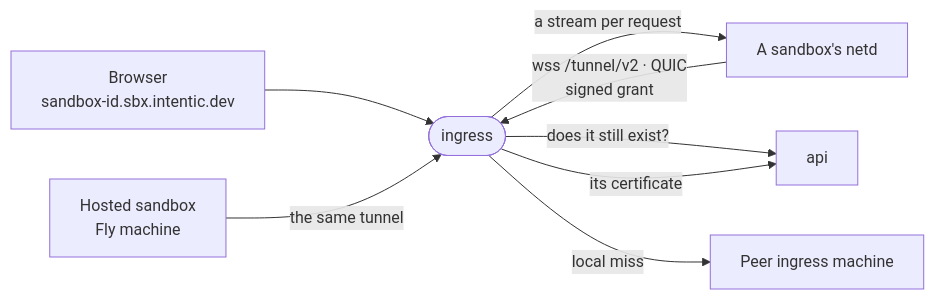
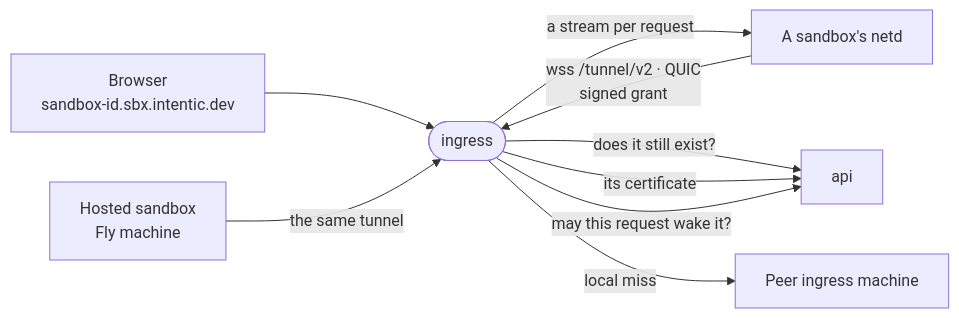
Before and after one commit to intentic/intentic: the diagram in _platform/ingress/README.md, drawn with Mermaid. The commit also changed other lines of this file and 176 other files, not shown here.

````diff
--- a/_platform/ingress/README.md
+++ b/_platform/ingress/README.md
@@ -5,10 +5,11 @@
 ```mermaid
 flowchart LR
     browser["Browser<br/>sandbox-id.sbx.intentic.dev"] --> ingress(["ingress"])
     netd["A sandbox's netd"] -- "wss /tunnel/v2 · QUIC<br/>signed grant" --> ingress
     ingress -- "a stream per request" --> netd
     hosted["Hosted sandbox<br/>Fly machine"] -- "the same tunnel" --> ingress
     ingress -- "does it still exist?" --> api["api"]
     ingress -- "its certificate" --> api
+    ingress -- "may this request wake it?" --> api
     ingress -- "local miss" --> peer["Peer ingress machine"]
 ```
````
